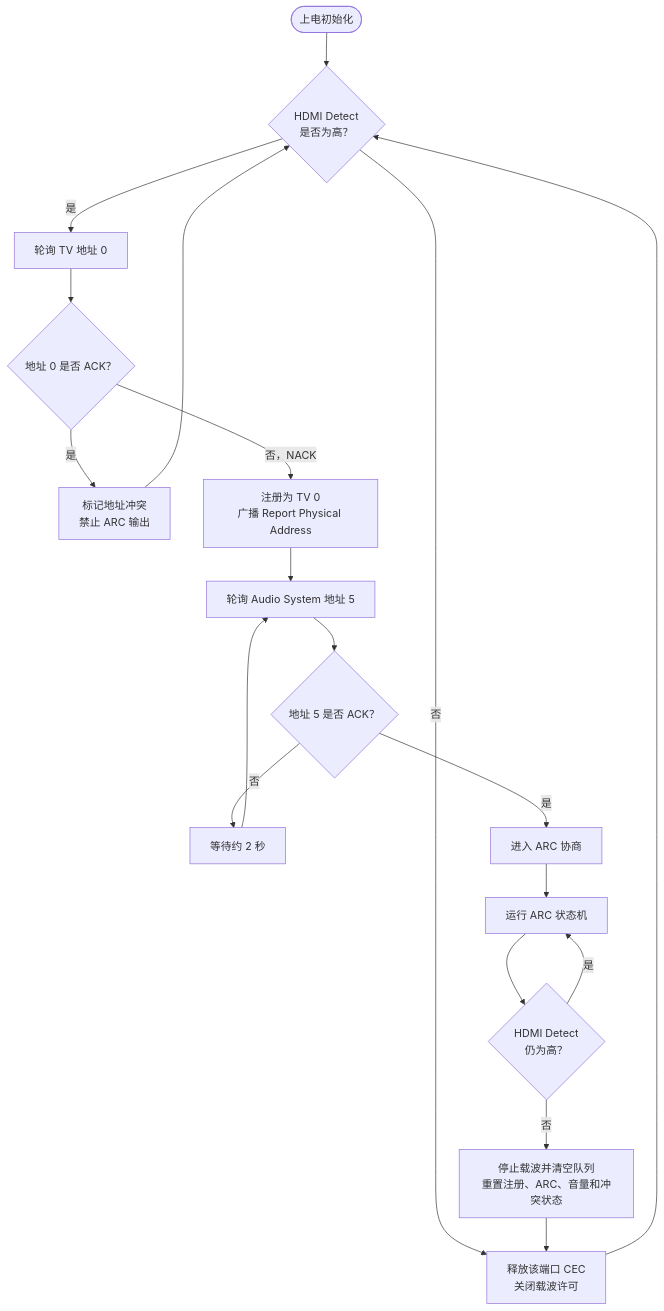
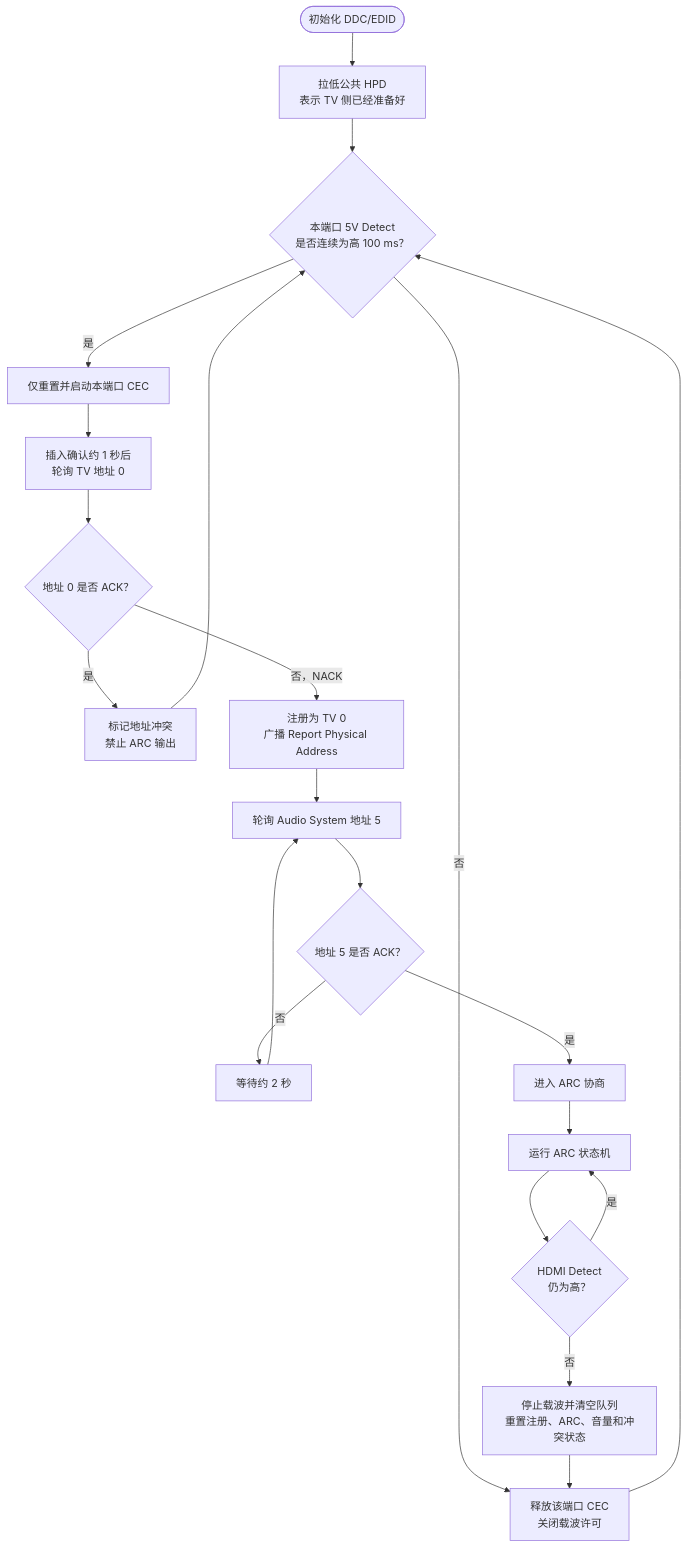
The first of 3 diagrams in docs/CEC_ARC.md (Leihognlun/pico-dac2), drawn with Mermaid before and after one commit. The commit also changed other lines of this file and 15 other files, not shown here.

````diff
--- a/docs/CEC_ARC.md
+++ b/docs/CEC_ARC.md
@@ -52,20 +61,22 @@
 ```mermaid
 flowchart TD
-    BOOT([上电初始化]) --> DETECT{HDMI Detect<br/>是否为高？}
+    BOOT([初始化 DDC/EDID]) --> HPD[拉低公共 HPD<br/>表示 TV 侧已经准备好]
+    HPD --> DETECT{本端口 5V Detect<br/>是否连续为高 100 ms？}
     DETECT -- 否 --> IDLE[释放该端口 CEC<br/>关闭载波许可]
     IDLE --> DETECT
-    DETECT -- 是 --> POLLTV[轮询 TV 地址 0]
+    DETECT -- 是 --> PORTINIT[仅重置并启动本端口 CEC]
+    PORTINIT --> POLLTV[插入确认约 1 秒后<br/>轮询 TV 地址 0]
     POLLTV --> TVACK{地址 0 是否 ACK？}
     TVACK -- 是 --> CONFLICT[标记地址冲突<br/>禁止 ARC 输出]
     CONFLICT --> DETECT
     TVACK -- 否，NACK --> REGISTER[注册为 TV 0<br/>广播 Report Physical Address]
     REGISTER --> POLLSB[轮询 Audio System 地址 5]
     POLLSB --> SBACK{地址 5 是否 ACK？}
     SBACK -- 否 --> WAIT2[等待约 2 秒] --> POLLSB
     SBACK -- 是 --> NEGOTIATE[进入 ARC 协商]
     NEGOTIATE --> ARCSTATE[运行 ARC 状态机]
     ARCSTATE --> PRESENT{HDMI Detect<br/>仍为高？}
     PRESENT -- 是 --> ARCSTATE
     PRESENT -- 否 --> RESET[停止载波并清空队列<br/>重置注册、ARC、音量和冲突状态]
     RESET --> IDLE
 ```
````
